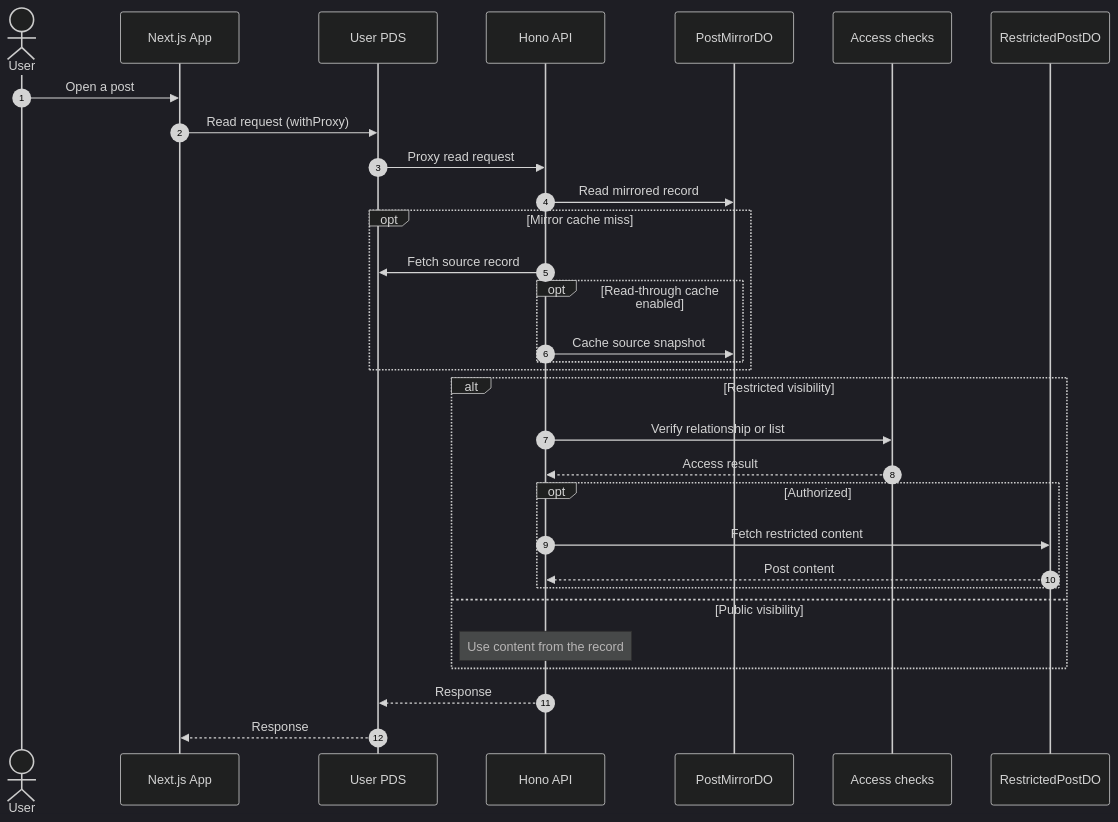
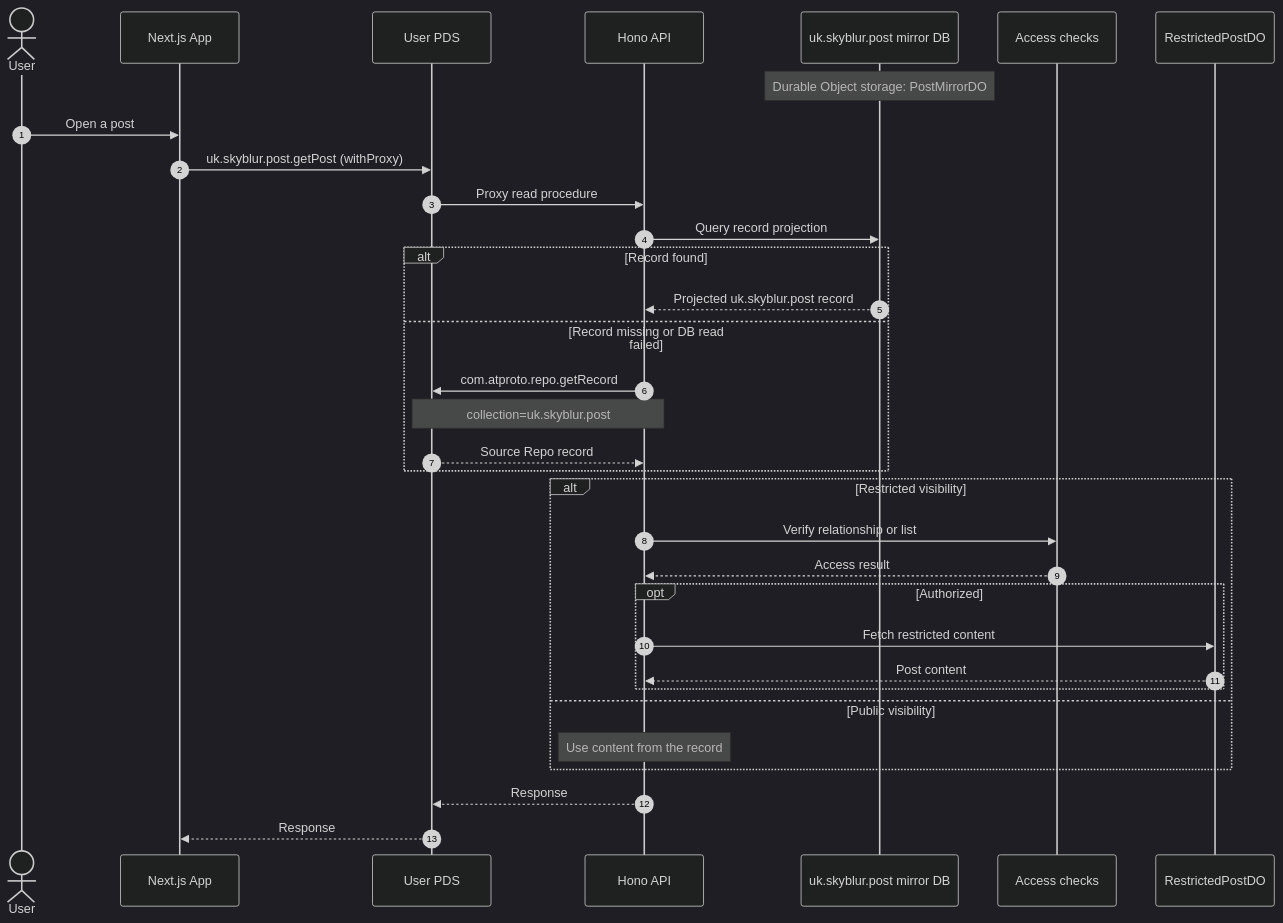
Before and after one commit to usounds/Skyblur: the third of 4 diagrams in README.md, drawn with Mermaid (dark theme). The commit also changed other lines of this file, not shown here.

````diff
--- a/README.md
+++ b/README.md
@@ -62,34 +69,36 @@
 ```mermaid
 sequenceDiagram
     autonumber
     actor User
     participant App as Next.js App
     participant PDS as User PDS
     participant API as Hono API
-    participant Mirror as PostMirrorDO
+    participant MirrorDB as uk.skyblur.post mirror DB
     participant Access as Access checks
     participant Content as RestrictedPostDO
 
+    Note over MirrorDB: Durable Object storage: PostMirrorDO
     User->>App: Open a post
-    App->>PDS: Read request (withProxy)
-    PDS->>API: Proxy read request
-    API->>Mirror: Read mirrored record
-    opt Mirror cache miss
-        API->>PDS: Fetch source record
-        opt Read-through cache enabled
-            API->>Mirror: Cache source snapshot
-        end
+    App->>PDS: uk.skyblur.post.getPost (withProxy)
+    PDS->>API: Proxy read procedure
+    API->>MirrorDB: Query record projection
+    alt Record found
+        MirrorDB-->>API: Projected uk.skyblur.post record
+    else Record missing or DB read failed
+        API->>PDS: com.atproto.repo.getRecord
+        Note over API,PDS: collection=uk.skyblur.post
+        PDS-->>API: Source Repo record
     end
     alt Restricted visibility
         API->>Access: Verify relationship or list
         Access-->>API: Access result
         opt Authorized
             API->>Content: Fetch restricted content
             Content-->>API: Post content
         end
     else Public visibility
         Note over API: Use content from the record
     end
     API-->>PDS: Response
     PDS-->>App: Response
 ```
````
